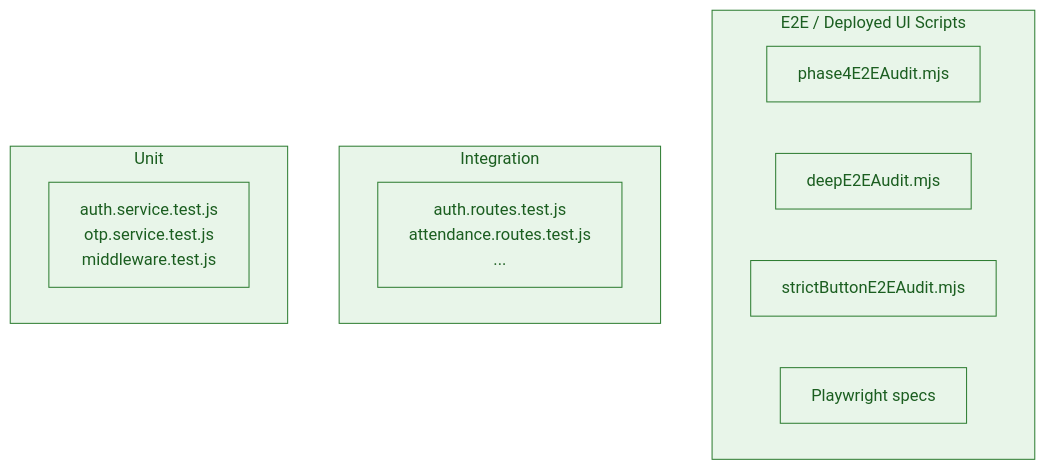
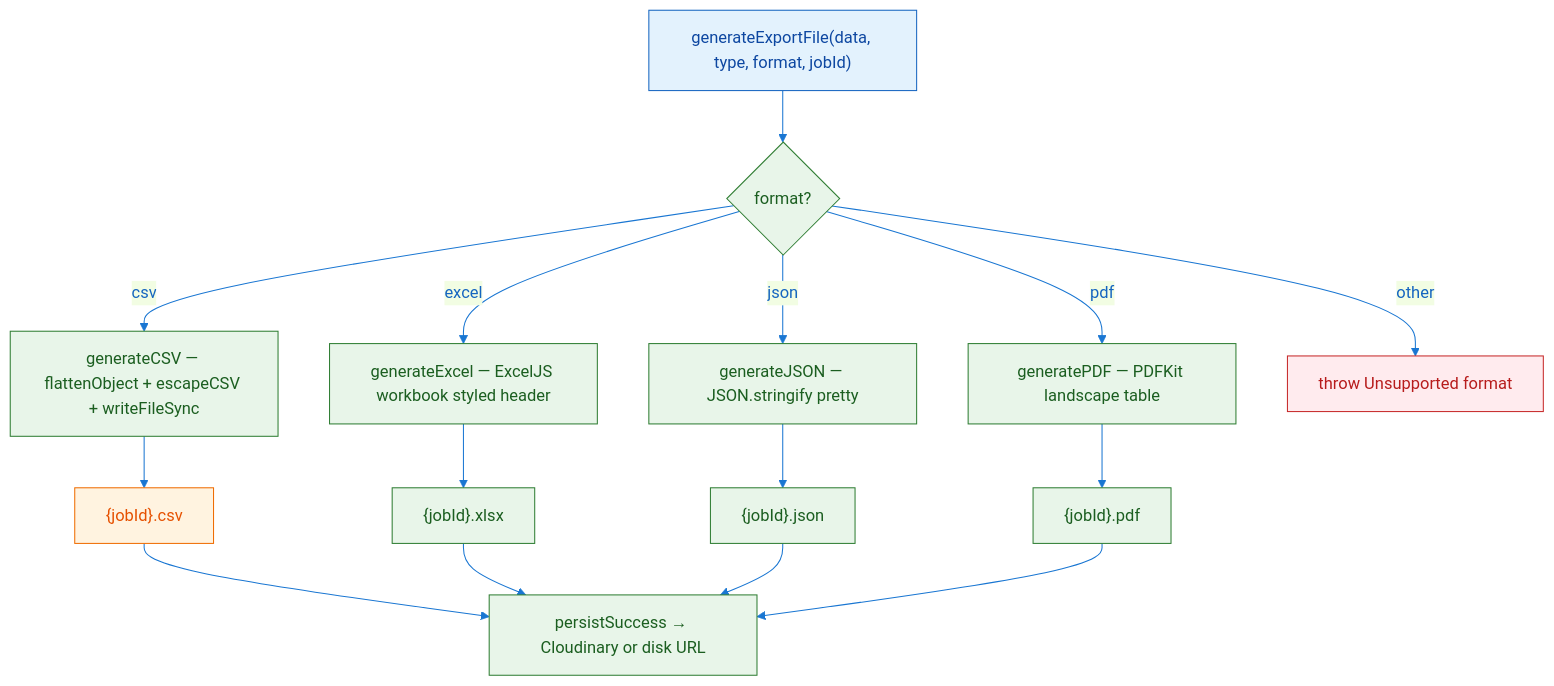
Before and after one commit to saeedafri/Employee-management-system: the diagram in docs/.pdf-assets/diagram-16.mmd, drawn with Mermaid. The commit also changed 114 other files, not shown here.

Commit message:
PDF and CSV files Changes

```diff
--- a/docs/.pdf-assets/diagram-16.mmd
+++ b/docs/.pdf-assets/diagram-16.mmd
@@ -1,21 +1,26 @@
-flowchart TB
+flowchart TD
 %%{init: {'theme': 'base', 'themeVariables': { 'primaryColor': '#e3f2fd', 'primaryTextColor': '#1565c0', 'lineColor': '#1976d2'}}}%%
-subgraph E2E["E2E / Deployed UI Scripts"]
-        P4[phase4E2EAudit.mjs]
-        DEEP[deepE2EAudit.mjs]
-        STRICT[strictButtonE2EAudit.mjs]
-        PW[Playwright specs]
-    end
-    subgraph INT["Integration"]
-        ROUTES[auth.routes.test.js<br/>attendance.routes.test.js<br/>...]
-    end
-    subgraph UNIT["Unit"]
-        SVC[auth.service.test.js<br/>otp.service.test.js<br/>middleware.test.js]
-    end
+START["generateExportFile(data, type, format, jobId)"] --> F{format?}
+F -->|csv| CSV["generateCSV — flattenObject + escapeCSV + writeFileSync"]
+F -->|excel| XLS["generateExcel — ExcelJS workbook styled header"]
+F -->|json| JSON["generateJSON — JSON.stringify pretty"]
+F -->|pdf| PDF["generatePDF — PDFKit landscape table"]
+F -->|other| ERR["throw Unsupported format"]
+CSV --> OUT["{jobId}.csv"]
+XLS --> OUT2["{jobId}.xlsx"]
+JSON --> OUT3["{jobId}.json"]
+PDF --> OUT4["{jobId}.pdf"]
+OUT --> PERSIST["persistSuccess → Cloudinary or disk URL"]
+OUT2 --> PERSIST
+OUT3 --> PERSIST
+OUT4 --> PERSIST
 
 classDef client fill:#e3f2fd,stroke:#1565c0,color:#0d47a1
     classDef api fill:#e8f5e9,stroke:#2e7d32,color:#1b5e20
     classDef db fill:#fff3e0,stroke:#ef6c00,color:#e65100
     classDef external fill:#f3e5f5,stroke:#7b1fa2,color:#4a148c
     classDef warn fill:#ffebee,stroke:#c62828,color:#b71c1c
-    class DEEP,E2E,INT,P4,PW,ROUTES,STRICT,SVC,UNIT api
+    class START client
+    class CSV,F,JSON,OUT2,OUT3,OUT4,PDF,PERSIST,XLS api
+    class OUT db
+    class ERR warn
```
